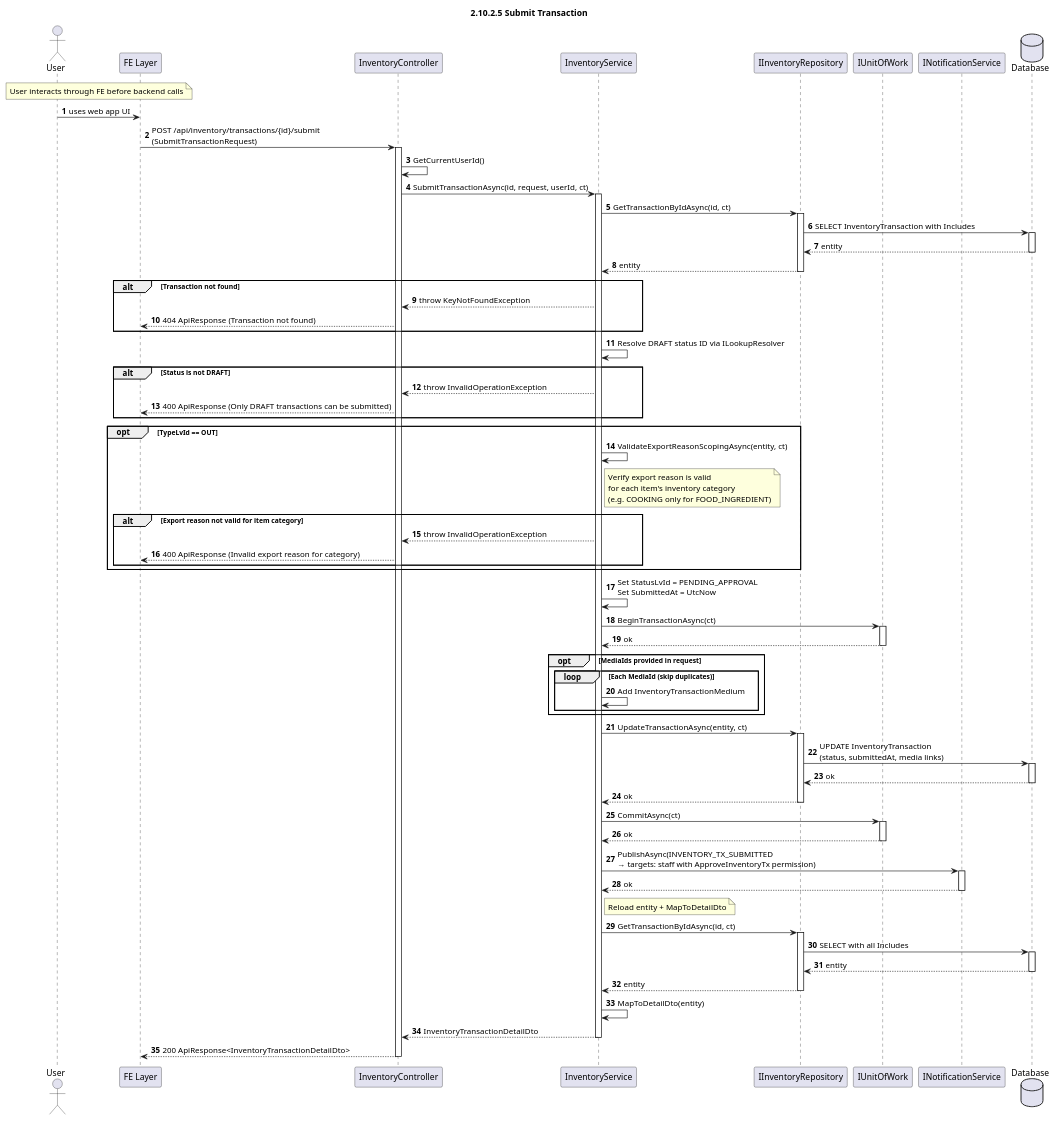
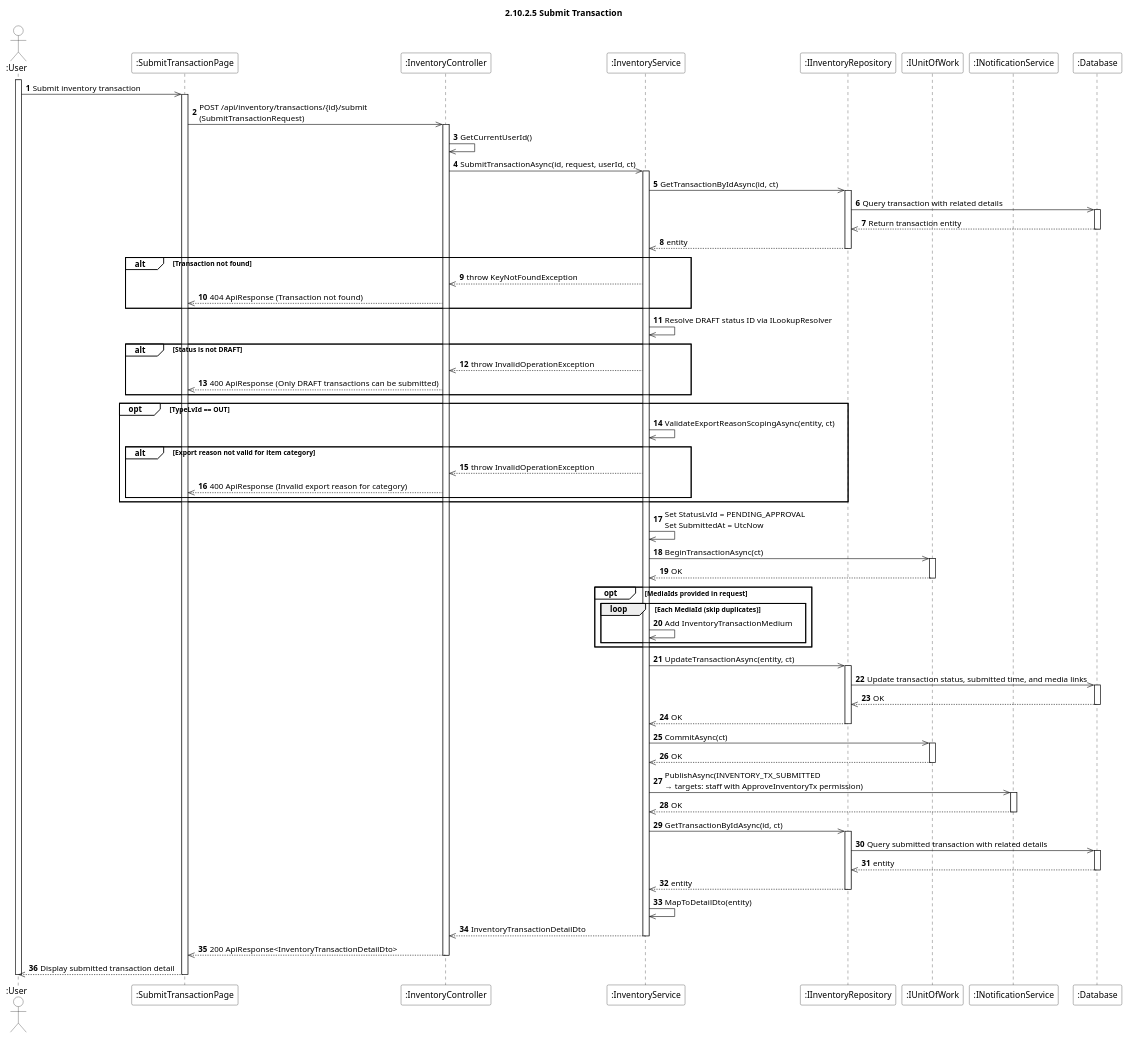
One commit to aulacvietnameseeatery-source/aulac_be changed the diagram in Docs/Software Design Specification/Inventory Management/sequence-diagrams/2.10.2.5-submit-transaction.puml. Above: the diagram before and after it, drawn with PlantUML. The commit also changed 27 other files, not shown here.

First line of the commit message:
Refactor sequence diagrams for Inventory and Shift Management

```diff
--- a/Docs/Software Design Specification/Inventory Management/sequence-diagrams/2.10.2.5-submit-transaction.puml
+++ b/Docs/Software Design Specification/Inventory Management/sequence-diagrams/2.10.2.5-submit-transaction.puml
@@ -1,101 +1,106 @@
 @startuml
 autonumber
 title 2.10.2.5 Submit Transaction
+skinparam sequence {
+    ParticipantBackgroundColor #ffffff
+    ActorBackgroundColor #ffffff
+}
 
-actor User as U
-participant "FE Layer" as Client
-note over U, Client : User interacts through FE before backend calls
-U -> Client : uses web app UI
-participant "InventoryController" as Ctrl
-participant "InventoryService" as Svc
-participant "IInventoryRepository" as Repo
-participant "IUnitOfWork" as UoW
-participant "INotificationService" as NS
-database "Database" as DB
+actor ":User" as U
+participant ":SubmitTransactionPage" as Client
+participant ":InventoryController" as Ctrl
+participant ":InventoryService" as Svc
+participant ":IInventoryRepository" as Repo
+participant ":IUnitOfWork" as UoW
+participant ":INotificationService" as NS
+participant ":Database" as DB
 
-Client -> Ctrl : POST /api/inventory/transactions/{id}/submit\n(SubmitTransactionRequest)
+activate U
+U ->> Client : Submit inventory transaction
+activate Client
+Client ->> Ctrl : POST /api/inventory/transactions/{id}/submit\n(SubmitTransactionRequest)
 activate Ctrl
-Ctrl -> Ctrl : GetCurrentUserId()
-Ctrl -> Svc : SubmitTransactionAsync(id, request, userId, ct)
+Ctrl ->> Ctrl : GetCurrentUserId()
+Ctrl ->> Svc : SubmitTransactionAsync(id, request, userId, ct)
 activate Svc
 
-Svc -> Repo : GetTransactionByIdAsync(id, ct)
+Svc ->> Repo : GetTransactionByIdAsync(id, ct)
 activate Repo
-Repo -> DB : SELECT InventoryTransaction with Includes
+Repo ->> DB : Query transaction with related details
 activate DB
-DB --> Repo : entity
+DB -->> Repo : Return transaction entity
 deactivate DB
-Repo --> Svc : entity
+Repo -->> Svc : entity
 deactivate Repo
 
-alt Transaction not found
-    Svc --> Ctrl : throw KeyNotFoundException
-    Ctrl --> Client : 404 ApiResponse (Transaction not found)
+alt#White Transaction not found
+    Svc -->> Ctrl : throw KeyNotFoundException
+    Ctrl -->> Client : 404 ApiResponse (Transaction not found)
 end
 
-Svc -> Svc : Resolve DRAFT status ID via ILookupResolver
+Svc ->> Svc : Resolve DRAFT status ID via ILookupResolver
 
-alt Status is not DRAFT
-    Svc --> Ctrl : throw InvalidOperationException
-    Ctrl --> Client : 400 ApiResponse (Only DRAFT transactions can be submitted)
+alt#White Status is not DRAFT
+    Svc -->> Ctrl : throw InvalidOperationException
+    Ctrl -->> Client : 400 ApiResponse (Only DRAFT transactions can be submitted)
 end
 
-opt TypeLvId == OUT
-    Svc -> Svc : ValidateExportReasonScopingAsync(entity, ct)
-    note right of Svc : Verify export reason is valid\nfor each item's inventory category\n(e.g. COOKING only for FOOD_INGREDIENT)
-    alt Export reason not valid for item category
-        Svc --> Ctrl : throw InvalidOperationException
-        Ctrl --> Client : 400 ApiResponse (Invalid export reason for category)
+opt#White TypeLvId == OUT
+    Svc ->> Svc : ValidateExportReasonScopingAsync(entity, ct)
+    alt#White Export reason not valid for item category
+        Svc -->> Ctrl : throw InvalidOperationException
+        Ctrl -->> Client : 400 ApiResponse (Invalid export reason for category)
     end
 end
 
-Svc -> Svc : Set StatusLvId = PENDING_APPROVAL\nSet SubmittedAt = UtcNow
+Svc ->> Svc : Set StatusLvId = PENDING_APPROVAL\nSet SubmittedAt = UtcNow
 
-Svc -> UoW : BeginTransactionAsync(ct)
+Svc ->> UoW : BeginTransactionAsync(ct)
 activate UoW
-UoW --> Svc : ok
+UoW -->> Svc : OK
 deactivate UoW
 
-opt MediaIds provided in request
+opt#White MediaIds provided in request
     loop Each MediaId (skip duplicates)
-        Svc -> Svc : Add InventoryTransactionMedium
+        Svc ->> Svc : Add InventoryTransactionMedium
     end
 end
 
-Svc -> Repo : UpdateTransactionAsync(entity, ct)
+Svc ->> Repo : UpdateTransactionAsync(entity, ct)
 activate Repo
-Repo -> DB : UPDATE InventoryTransaction\n(status, submittedAt, media links)
+Repo ->> DB : Update transaction status, submitted time, and media links
 activate DB
-DB --> Repo : ok
+DB -->> Repo : OK
 deactivate DB
-Repo --> Svc : ok
+Repo -->> Svc : OK
 deactivate Repo
 
-Svc -> UoW : CommitAsync(ct)
+Svc ->> UoW : CommitAsync(ct)
 activate UoW
-UoW --> Svc : ok
+UoW -->> Svc : OK
 deactivate UoW
 
-Svc -> NS : PublishAsync(INVENTORY_TX_SUBMITTED\n→ targets: staff with ApproveInventoryTx permission)
+Svc ->> NS : PublishAsync(INVENTORY_TX_SUBMITTED\n→ targets: staff with ApproveInventoryTx permission)
 activate NS
-NS --> Svc : ok
+NS -->> Svc : OK
 deactivate NS
 
-note right of Svc : Reload entity + MapToDetailDto
+Svc ->> Repo : GetTransactionByIdAsync(id, ct)
+activate Repo
+Repo ->> DB : Query submitted transaction with related details
+activate DB
+DB -->> Repo : entity
+deactivate DB
+Repo -->> Svc : entity
+deactivate Repo
+Svc ->> Svc : MapToDetailDto(entity)
 
-Svc -> Repo : GetTransactionByIdAsync(id, ct)
-activate Repo
-Repo -> DB : SELECT with all Includes
-activate DB
-DB --> Repo : entity
-deactivate DB
-Repo --> Svc : entity
-deactivate Repo
-Svc -> Svc : MapToDetailDto(entity)
-
-Svc --> Ctrl : InventoryTransactionDetailDto
+Svc -->> Ctrl : InventoryTransactionDetailDto
 deactivate Svc
-Ctrl --> Client : 200 ApiResponse<InventoryTransactionDetailDto>
+Ctrl -->> Client : 200 ApiResponse<InventoryTransactionDetailDto>
 deactivate Ctrl
+Client -->> U : Display submitted transaction detail
+deactivate Client
+deactivate U
 
 @enduml
```
